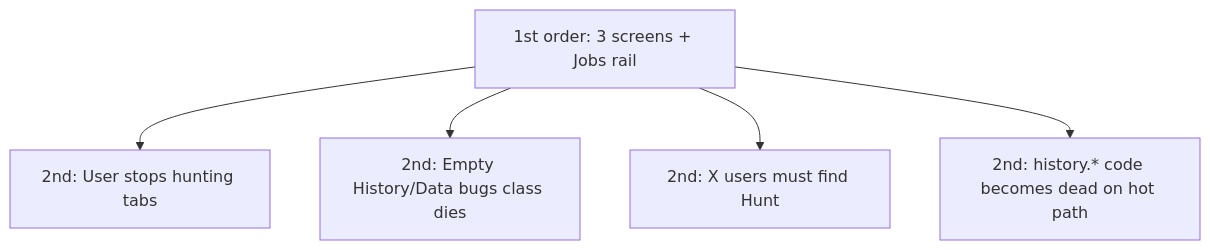
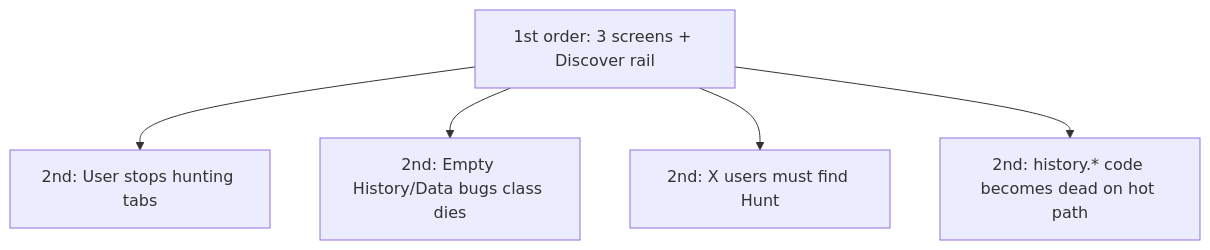
Before and after one commit to p10ns11y/collab-finder: the third of 13 diagrams in reports/single-pr-intuitive-product.md, drawn with Mermaid. The commit also changed other lines of this file and 2 other files, not shown here.

Commit message:
docs: fix Mermaid parse error in Current system diagram (quote node label with outer double quotes for inner ' ); update more terminology in reports to Discover/Xplore for 100% code reality

````diff
--- a/reports/single-pr-intuitive-product.md
+++ b/reports/single-pr-intuitive-product.md
@@ -116,12 +116,12 @@
 ```mermaid
 flowchart TB
-  O1["1st order: 3 screens + Jobs rail"]
+  O1["1st order: 3 screens + Discover rail"]
   O2a["2nd: User stops hunting tabs"]
   O2b["2nd: Empty History/Data bugs class dies"]
   O2c["2nd: X users must find Hunt"]
   O2d["2nd: history.* code becomes dead on hot path"]
   O1 --> O2a
   O1 --> O2b
   O1 --> O2c
   O1 --> O2d
 ```
````
